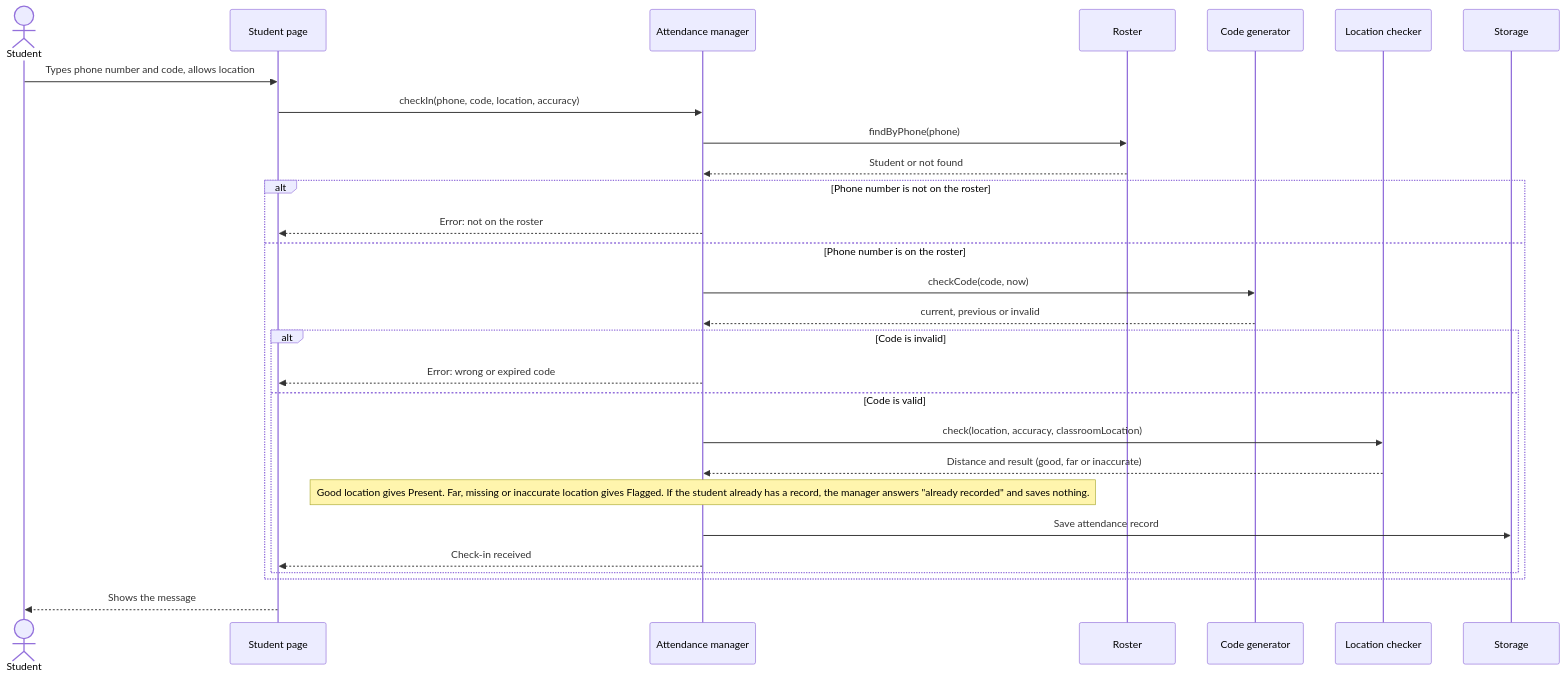
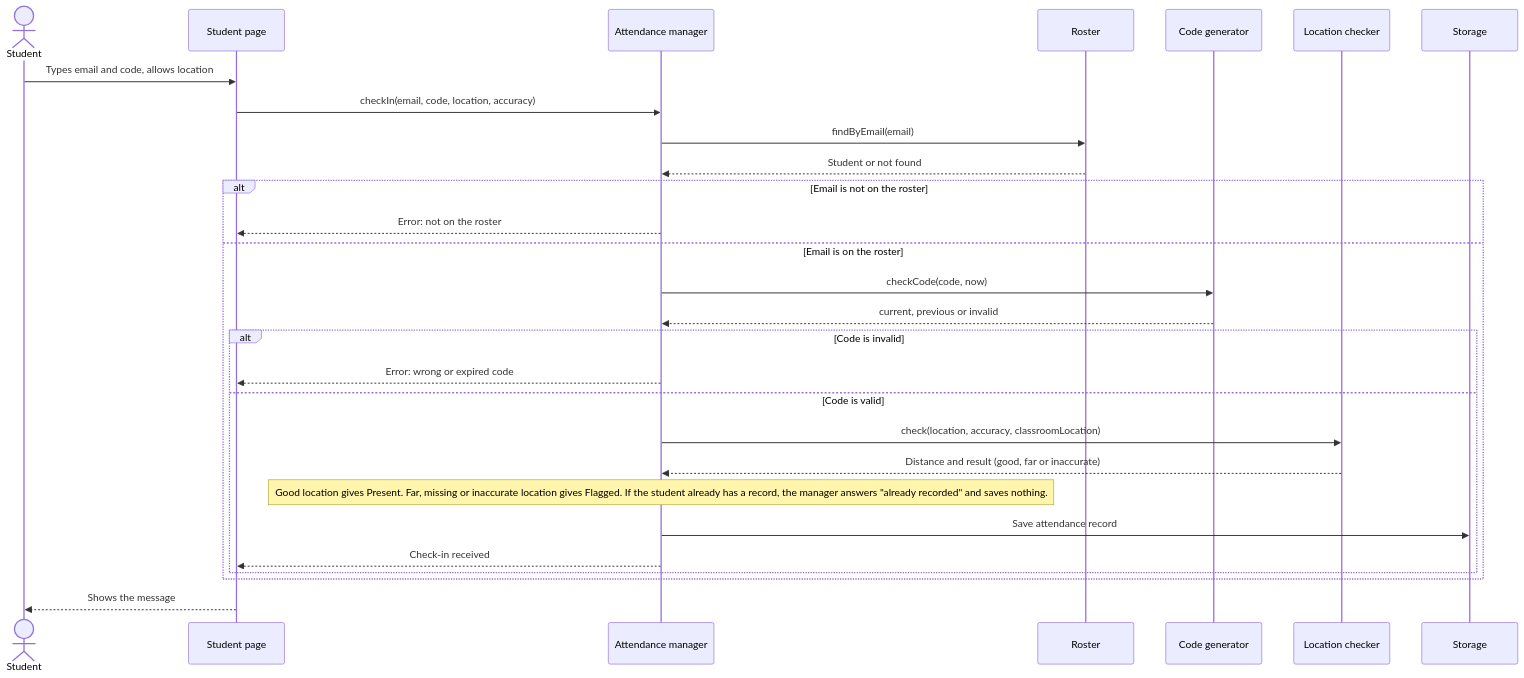
One commit to Maycaspi110/Class_Attendance changed the second of 4 diagrams in diagrams.md. Above: the diagram before and after it, drawn with Mermaid. The commit also changed other lines of this file and 4 other files, not shown here.

````diff
--- a/diagrams.md
+++ b/diagrams.md
@@ -102,31 +102,31 @@
 ```mermaid
 sequenceDiagram
   actor St as Student
   participant SP as Student page
   participant AM as Attendance manager
   participant R as Roster
   participant CG as Code generator
   participant LC as Location checker
   participant DB as Storage
 
-  St->>SP: Types phone number and code, allows location
-  SP->>AM: checkIn(phone, code, location, accuracy)
-  AM->>R: findByPhone(phone)
+  St->>SP: Types email and code, allows location
+  SP->>AM: checkIn(email, code, location, accuracy)
+  AM->>R: findByEmail(email)
   R-->>AM: Student or not found
-  alt Phone number is not on the roster
+  alt Email is not on the roster
     AM-->>SP: Error: not on the roster
-  else Phone number is on the roster
+  else Email is on the roster
     AM->>CG: checkCode(code, now)
     CG-->>AM: current, previous or invalid
     alt Code is invalid
       AM-->>SP: Error: wrong or expired code
     else Code is valid
       AM->>LC: check(location, accuracy, classroomLocation)
       LC-->>AM: Distance and result (good, far or inaccurate)
       Note over AM: Good location gives Present. Far, missing or inaccurate location gives Flagged. If the student already has a record, the manager answers "already recorded" and saves nothing.
       AM->>DB: Save attendance record
       AM-->>SP: Check-in received
     end
   end
   SP-->>St: Shows the message
 ```
````
